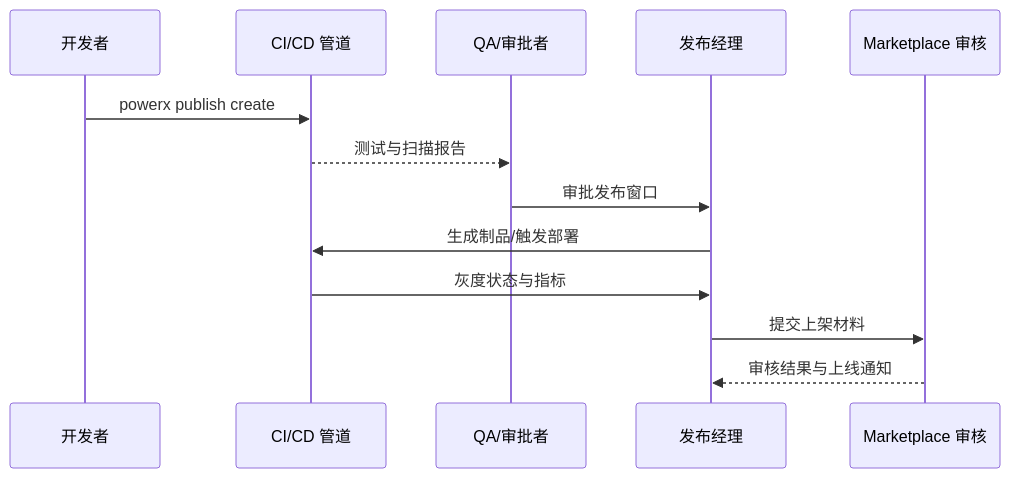
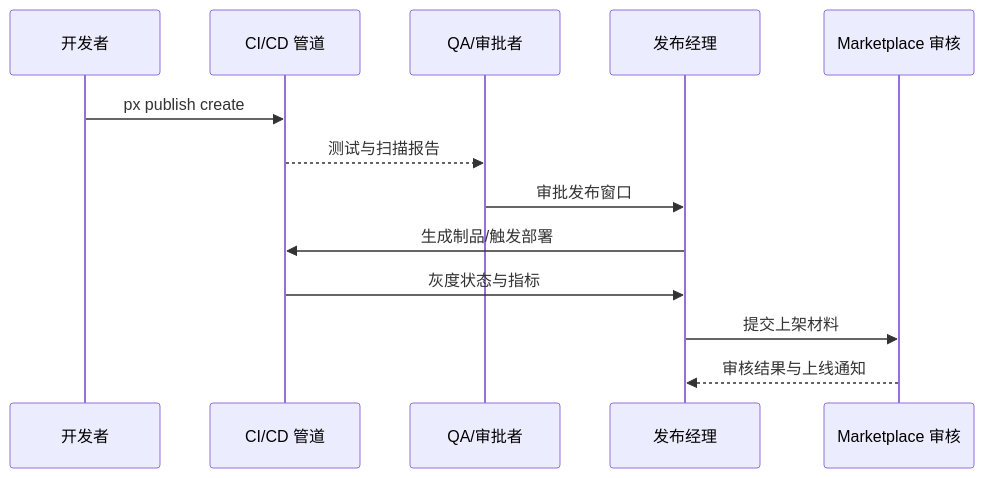
One commit to ArtisanCloud/PowerX changed the diagram in docs/use_cases/_from_hub/SCN-DEV-PLUGIN-PUBLISH-001/SCN-DEV-PLUGIN-PUBLISH-001.md. Above: the diagram before and after it, drawn with Mermaid. The commit also changed other lines of this file and 64 other files, not shown here.

````diff
--- a/docs/use_cases/_from_hub/SCN-DEV-PLUGIN-PUBLISH-001/SCN-DEV-PLUGIN-PUBLISH-001.md
+++ b/docs/use_cases/_from_hub/SCN-DEV-PLUGIN-PUBLISH-001/SCN-DEV-PLUGIN-PUBLISH-001.md
@@ -87,16 +87,16 @@
 ```mermaid
 sequenceDiagram
   participant Dev as 开发者
   participant CI as CI/CD 管道
   participant QA as QA/审批者
   participant Ops as 发布经理
   participant Marketplace as Marketplace 审核
 
-  Dev->>CI: powerx publish create
+  Dev->>CI: px publish create
   CI-->>QA: 测试与扫描报告
   QA->>Ops: 审批发布窗口
   Ops->>CI: 生成制品/触发部署
   CI->>Ops: 灰度状态与指标
   Ops->>Marketplace: 提交上架材料
   Marketplace-->>Ops: 审核结果与上线通知
 ```
````
